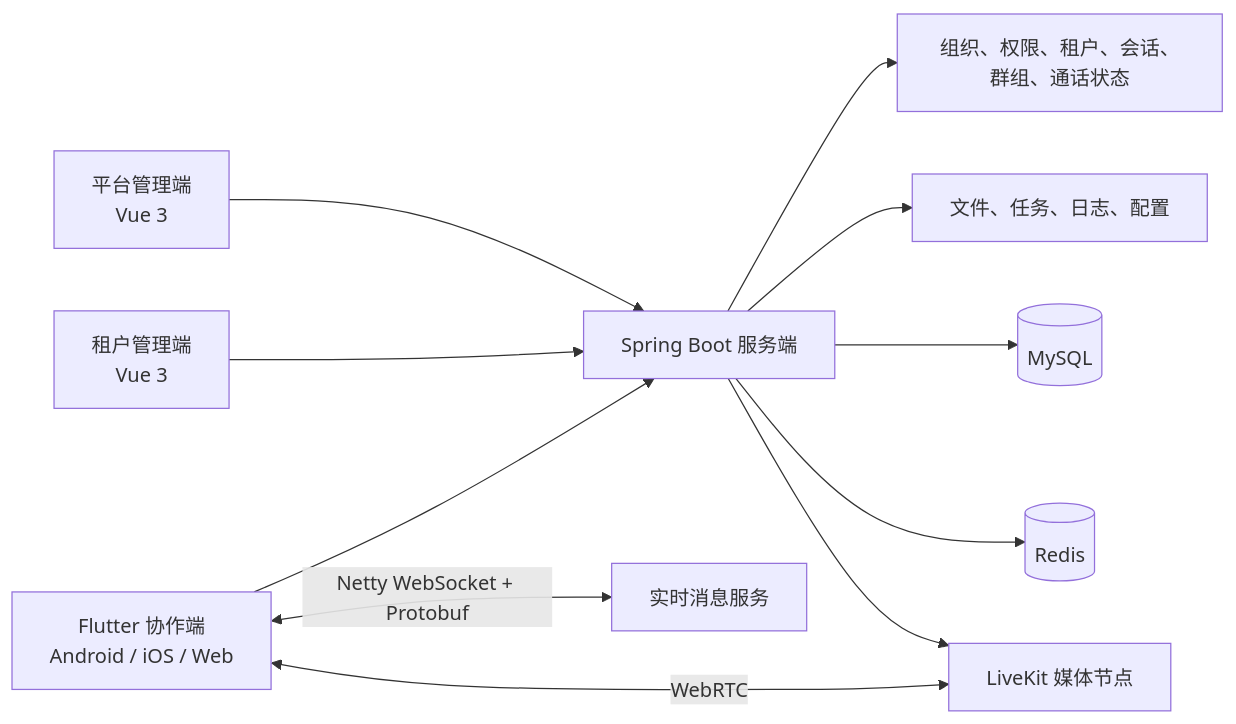
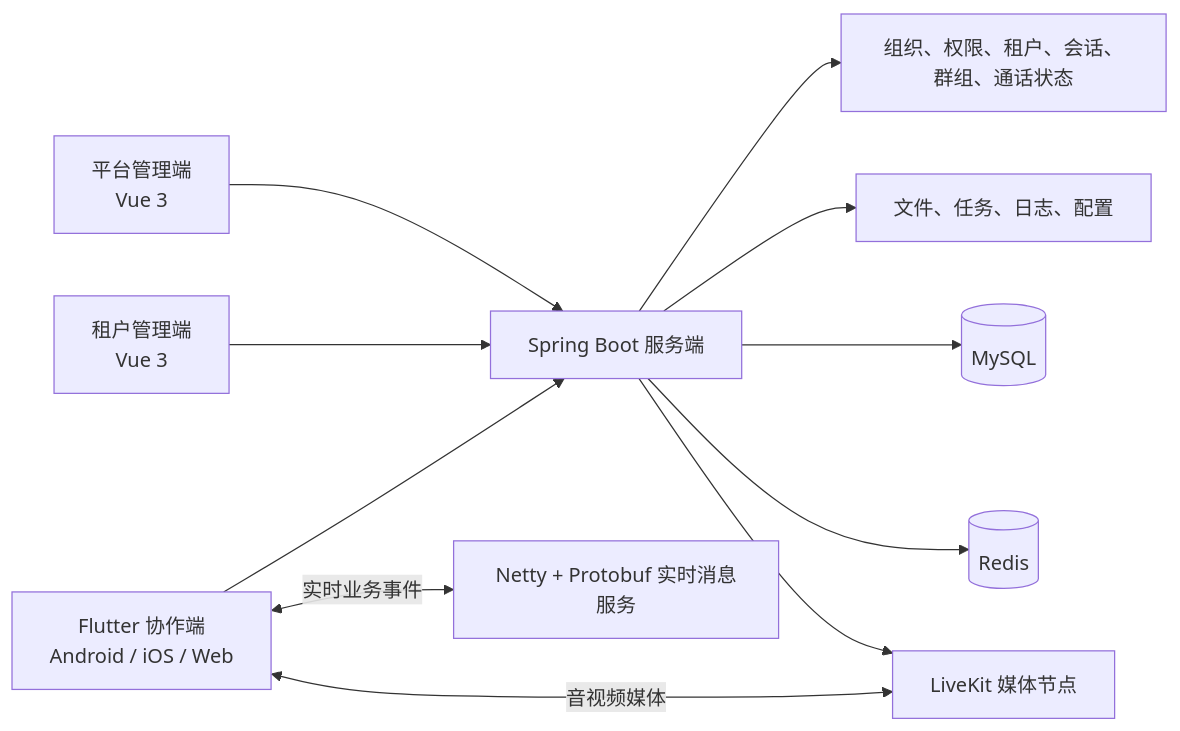
The first of 8 diagrams in docs/marketing/articles/juejin-collaboration-engineering-review.md (jinzheyi/yubb-saas-pro), drawn with Mermaid before and after one commit. The commit also changed other lines of this file and 2 other files, not shown here.

Commit message:
docs: add Toutiao article and fix Juejin diagrams

````diff
--- a/docs/marketing/articles/juejin-collaboration-engineering-review.md
+++ b/docs/marketing/articles/juejin-collaboration-engineering-review.md
@@ -23,13 +11,13 @@
 ```mermaid
 flowchart LR
-  PM[平台管理端\nVue 3] --> S[Spring Boot 服务端]
-  TM[租户管理端\nVue 3] --> S
-  IM[Flutter 协作端\nAndroid / iOS / Web] --> S
-  IM <-->|Netty WebSocket + Protobuf| WS[实时消息服务]
-  S --> SYS[组织、权限、租户、会话、群组、通话状态]
-  S --> INFRA[文件、任务、日志、配置]
+  PM["平台管理端<br/>Vue 3"] --> S["Spring Boot 服务端"]
+  TM["租户管理端<br/>Vue 3"] --> S
+  IM["Flutter 协作端<br/>Android / iOS / Web"] --> S
+  IM <-->|"实时业务事件"| WS["Netty + Protobuf 实时消息服务"]
+  S --> SYS["组织、权限、租户、会话、群组、通话状态"]
+  S --> INFRA["文件、任务、日志、配置"]
   S --> MYSQL[(MySQL)]
   S --> REDIS[(Redis)]
-  IM <-->|WebRTC| LK[LiveKit 媒体节点]
+  IM <-->|"音视频媒体"| LK["LiveKit 媒体节点"]
   S --> LK
 ```
````
